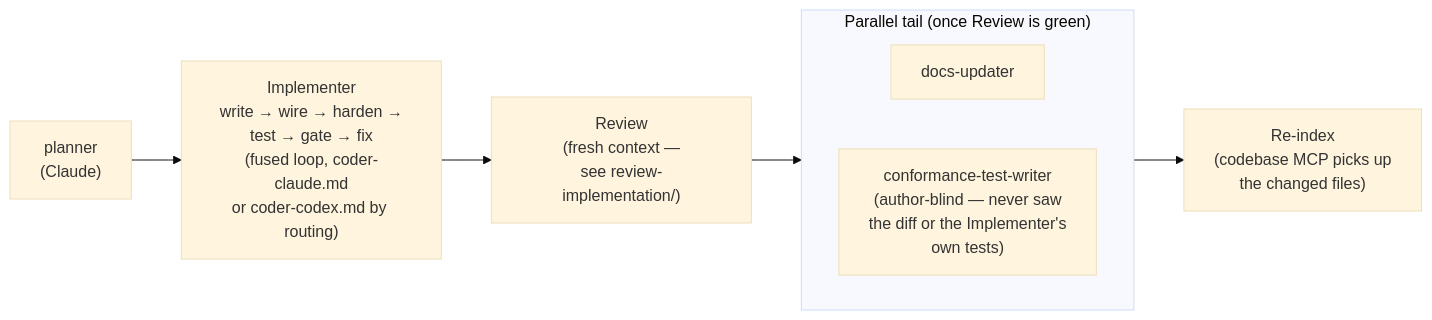
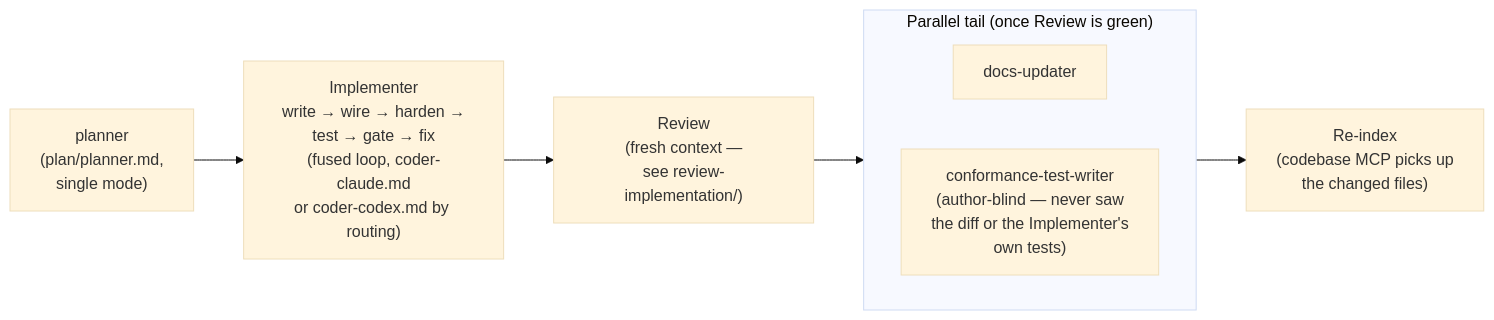
The diagram in agents/implementation/README.md (nodera-studio/agent-os), drawn with Mermaid (base theme) before and after one commit. The commit also changed other lines of this file and 5 other files, not shown here.

First line of the commit message:
Merge implementation planner into plan planner

````diff
--- a/agents/implementation/README.md
+++ b/agents/implementation/README.md
@@ -8,14 +8,14 @@
 ```mermaid
 flowchart LR
-    P["planner<br/>(Claude)"] --> I["Implementer<br/>write → wire → harden →<br/>test → gate → fix<br/>(fused loop, coder-claude.md<br/>or coder-codex.md by routing)"]
+    P["planner<br/>(plan/planner.md,<br/>single mode)"] --> I["Implementer<br/>write → wire → harden →<br/>test → gate → fix<br/>(fused loop, coder-claude.md<br/>or coder-codex.md by routing)"]
     I --> RV["Review<br/>(fresh context —<br/>see review-implementation/)"]
     RV --> TAIL
 
     subgraph TAIL["Parallel tail (once Review is green)"]
         direction LR
         D["docs-updater"]
         C["conformance-test-writer<br/>(author-blind — never saw<br/>the diff or the Implementer's<br/>own tests)"]
     end
 
     TAIL --> RE["Re-index<br/>(codebase MCP picks up<br/>the changed files)"]
 ```
````
